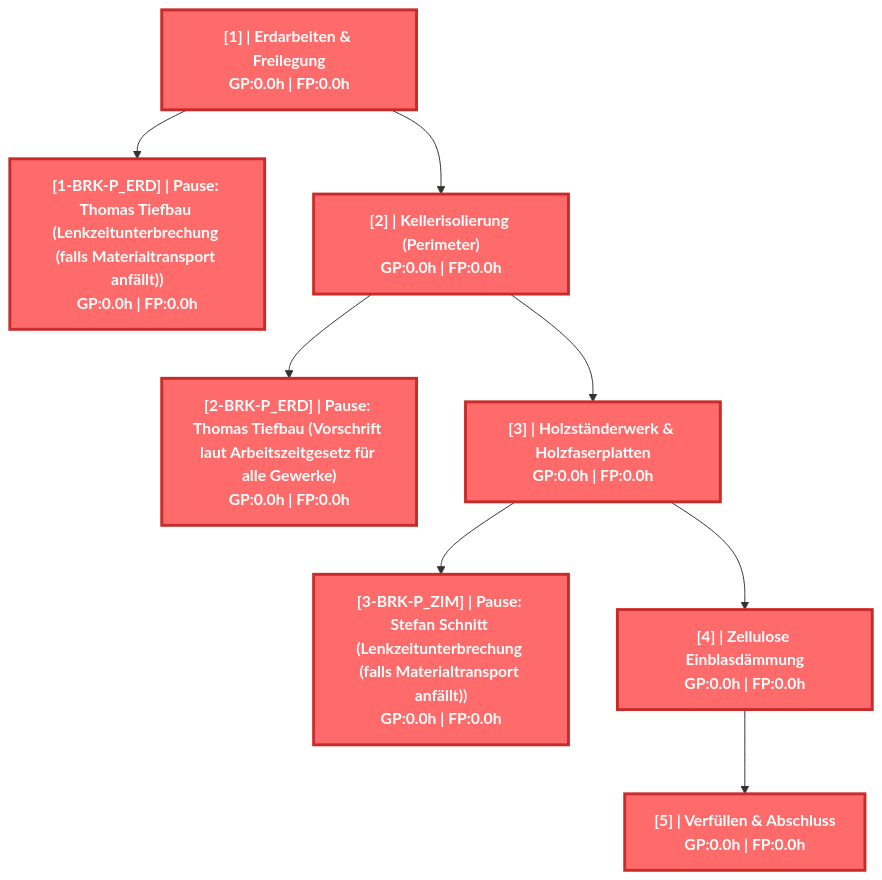
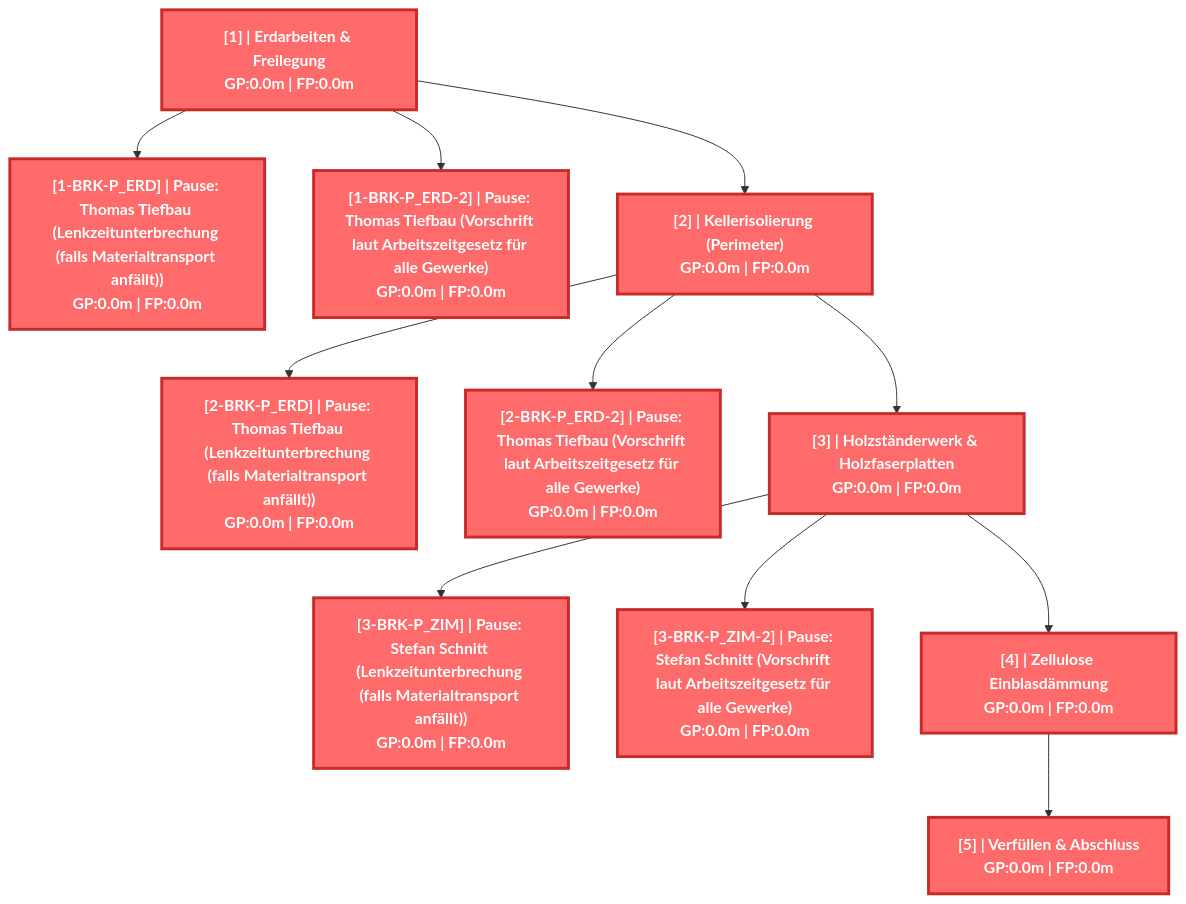
One commit to mistamichael/sproject changed the first of 9 diagrams in tests/golden/fassadenbau.md. Above: the diagram before and after it, drawn with Mermaid. The commit also changed other lines of this file and 10 other files, not shown here.

````diff
--- a/tests/golden/fassadenbau.md
+++ b/tests/golden/fassadenbau.md
@@ -35,23 +38,29 @@
 ```mermaid
 graph TD
 
-    N1["<b>[1] | Erdarbeiten & Freilegung<br/>GP:0.0h | FP:0.0h</b>"]:::critical
-    N1-BRK-P_ERD["<b>[1-BRK-P_ERD] | Pause: Thomas Tiefbau (Lenkzeitunterbrechung (falls Materialtransport anfällt))<br/>GP:0.0h | FP:0.0h</b>"]:::critical
-    N2["<b>[2] | Kellerisolierung (Perimeter)<br/>GP:0.0h | FP:0.0h</b>"]:::critical
-    N2-BRK-P_ERD["<b>[2-BRK-P_ERD] | Pause: Thomas Tiefbau (Vorschrift laut Arbeitszeitgesetz für alle Gewerke)<br/>GP:0.0h | FP:0.0h</b>"]:::critical
-    N3["<b>[3] | Holzständerwerk & Holzfaserplatten<br/>GP:0.0h | FP:0.0h</b>"]:::critical
-    N3-BRK-P_ZIM["<b>[3-BRK-P_ZIM] | Pause: Stefan Schnitt (Lenkzeitunterbrechung (falls Materialtransport anfällt))<br/>GP:0.0h | FP:0.0h</b>"]:::critical
-    N4["<b>[4] | Zellulose Einblasdämmung<br/>GP:0.0h | FP:0.0h</b>"]:::critical
-    N5["<b>[5] | Verfüllen & Abschluss<br/>GP:0.0h | FP:0.0h</b>"]:::critical
+    N1["<b>[1] | Erdarbeiten & Freilegung<br/>GP:0.0m | FP:0.0m</b>"]:::critical
+    N1-BRK-P_ERD["<b>[1-BRK-P_ERD] | Pause: Thomas Tiefbau (Lenkzeitunterbrechung (falls Materialtransport anfällt))<br/>GP:0.0m | FP:0.0m</b>"]:::critical
+    N1-BRK-P_ERD-2["<b>[1-BRK-P_ERD-2] | Pause: Thomas Tiefbau (Vorschrift laut Arbeitszeitgesetz für alle Gewerke)<br/>GP:0.0m | FP:0.0m</b>"]:::critical
+    N2["<b>[2] | Kellerisolierung (Perimeter)<br/>GP:0.0m | FP:0.0m</b>"]:::critical
+    N2-BRK-P_ERD["<b>[2-BRK-P_ERD] | Pause: Thomas Tiefbau (Lenkzeitunterbrechung (falls Materialtransport anfällt))<br/>GP:0.0m | FP:0.0m</b>"]:::critical
+    N2-BRK-P_ERD-2["<b>[2-BRK-P_ERD-2] | Pause: Thomas Tiefbau (Vorschrift laut Arbeitszeitgesetz für alle Gewerke)<br/>GP:0.0m | FP:0.0m</b>"]:::critical
+    N3["<b>[3] | Holzständerwerk & Holzfaserplatten<br/>GP:0.0m | FP:0.0m</b>"]:::critical
+    N3-BRK-P_ZIM["<b>[3-BRK-P_ZIM] | Pause: Stefan Schnitt (Lenkzeitunterbrechung (falls Materialtransport anfällt))<br/>GP:0.0m | FP:0.0m</b>"]:::critical
+    N3-BRK-P_ZIM-2["<b>[3-BRK-P_ZIM-2] | Pause: Stefan Schnitt (Vorschrift laut Arbeitszeitgesetz für alle Gewerke)<br/>GP:0.0m | FP:0.0m</b>"]:::critical
+    N4["<b>[4] | Zellulose Einblasdämmung<br/>GP:0.0m | FP:0.0m</b>"]:::critical
+    N5["<b>[5] | Verfüllen & Abschluss<br/>GP:0.0m | FP:0.0m</b>"]:::critical
 
     N1 --> N2
     N1 --> N1-BRK-P_ERD
+    N1 --> N1-BRK-P_ERD-2
     N2 --> N3
     N2 --> N2-BRK-P_ERD
+    N2 --> N2-BRK-P_ERD-2
     N3 --> N4
     N3 --> N3-BRK-P_ZIM
+    N3 --> N3-BRK-P_ZIM-2
     N4 --> N5
 
     classDef critical fill:#ff6b6b,stroke:#c92a2a,color:#fff,stroke-width:3px
     classDef normal   fill:#4472c4,stroke:#2f5496,color:#fff
 ```
````
